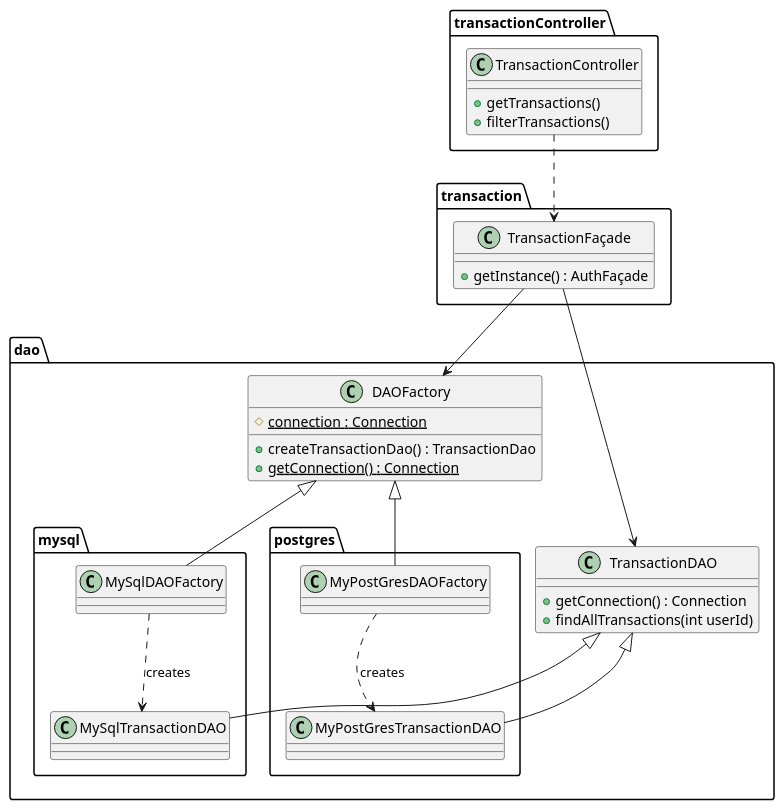
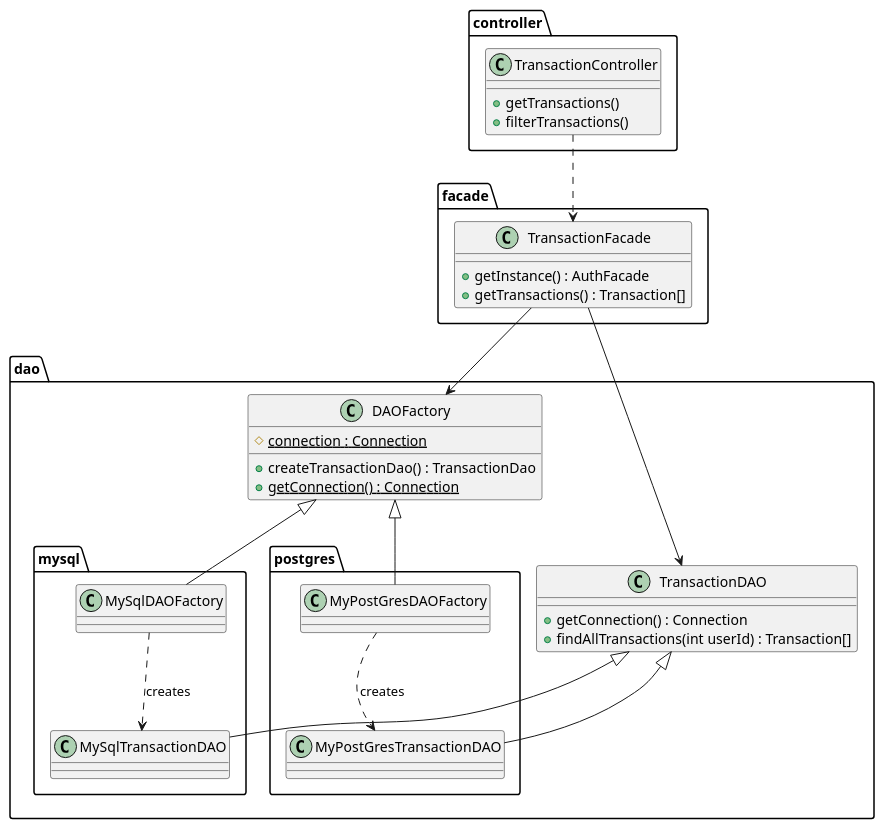
Before and after one commit to Julien-Wiegandt/SplitPay: the diagram in documentation/software_design/get_transactions/get_transactions_class_diagram.puml, drawn with PlantUML. The commit also changed 5 other files, not shown here.

Commit message:
Added sequence diagram and updated function syntaxes

```diff
--- a/documentation/software_design/get_transactions/get_transactions_class_diagram.puml
+++ b/documentation/software_design/get_transactions/get_transactions_class_diagram.puml
@@ -1,60 +1,60 @@
-@startuml get_transactions
+@startuml get_transactions_class_diagram
 
-package transactionController <<Folder>> {
-
+package controller <<Folder>> {
 
   class TransactionController {
     +getTransactions()
     +filterTransactions()
   }
 }
 
-package transaction <<Folder>> {
-  class TransactionFaçade {
-    +getInstance() : AuthFaçade
+package facade <<Folder>> {
+  class TransactionFacade {
+    +getInstance() : AuthFacade
+    +getTransactions() : Transaction[]
   }
 
 }
 
 package dao <<Folder>> {
 
   class DAOFactory {
     #{static}connection : Connection
     +createTransactionDao() : TransactionDao
     +{static}getConnection() : Connection
   }
 
   package mysql <<Folder>> {
     class MySqlDAOFactory {}
     class MySqlTransactionDAO {}
 
     MySqlDAOFactory .down.> MySqlTransactionDAO : creates
   }
 
   package postgres <<Folder>> {
     class MyPostGresDAOFactory {}
     class MyPostGresTransactionDAO {}
 
     MyPostGresDAOFactory .down.> MyPostGresTransactionDAO : creates
   }
 
 
   class TransactionDAO {
     +getConnection() : Connection
-    +findAllTransactions(int userId)
+    +findAllTransactions(int userId) : Transaction[]
   }
 
   DAOFactory <|-- MySqlDAOFactory
   DAOFactory <|-- MyPostGresDAOFactory
   TransactionDAO <|-- MyPostGresTransactionDAO
   TransactionDAO <|-- MySqlTransactionDAO
 
 }
 
-TransactionController .down.> TransactionFaçade
+TransactionController .down.> TransactionFacade
 
-TransactionFaçade -down-> DAOFactory
+TransactionFacade -down-> DAOFactory
 
-TransactionFaçade --> TransactionDAO
+TransactionFacade --> TransactionDAO
 
 @enduml
```
